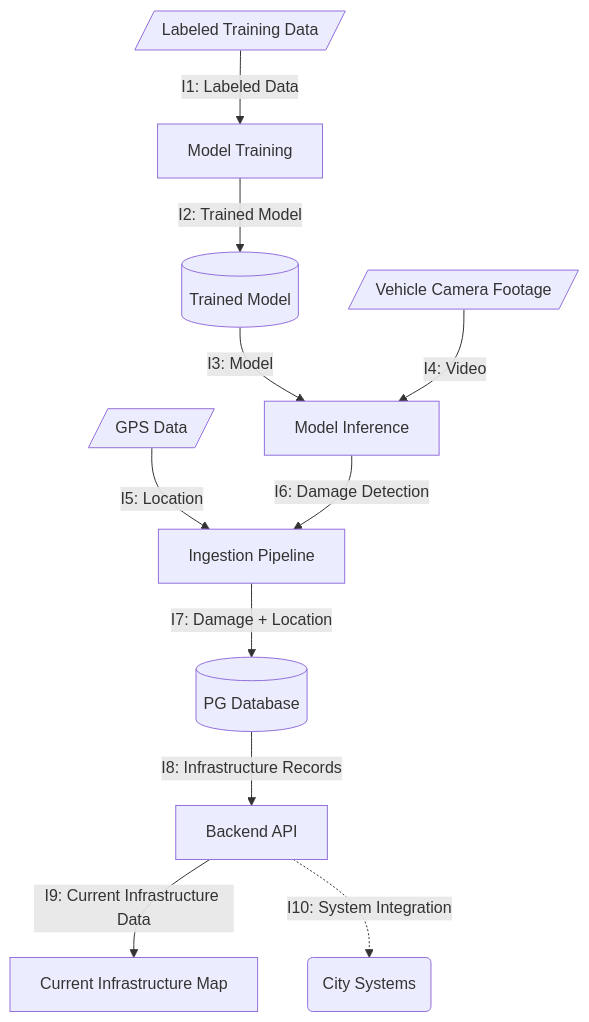
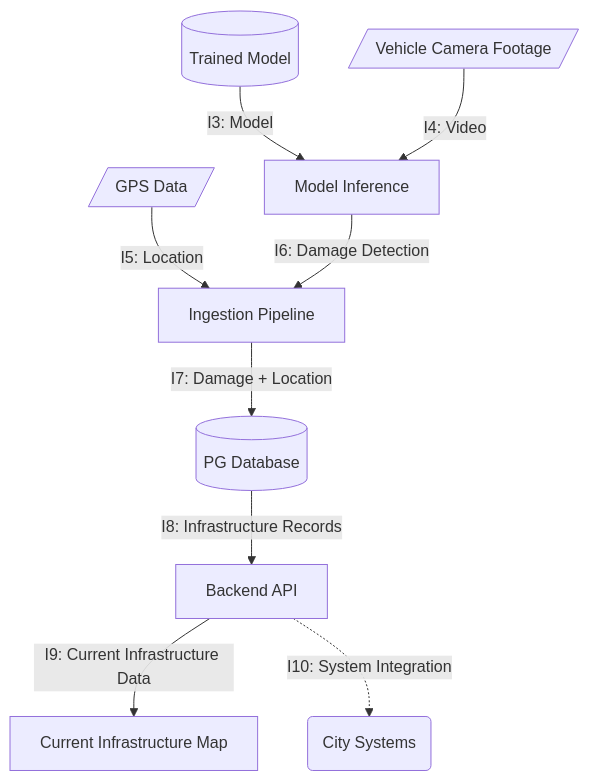
The second of 4 diagrams in SeniorDesign/D0_High_Level_Design.md (Advaitvag/StreetSmart-models), drawn with Mermaid before and after one commit. The commit also changed other lines of this file, not shown here.

````diff
--- a/SeniorDesign/D0_High_Level_Design.md
+++ b/SeniorDesign/D0_High_Level_Design.md
@@ -45,64 +53,60 @@
 ```mermaid
 flowchart TD
 
     %% =========================
     %% TRAINING INPUTS
     %% =========================
 
-    TRAINING_DATA[/Labeled Training Data/]
 
     %% =========================
     %% RUNTIME INPUTS
     %% =========================
 
     VIDEO[/Vehicle Camera Footage/]
     GPS[/GPS Data/]
 
     %% =========================
     %% STREETSMART COMPONENTS
     %% =========================
 
-    TRAINING["Model Training"]
 
     MODEL[("Trained Model")]
 
     INFERENCE["Model Inference"]
 
     INGESTION["Ingestion Pipeline"]
 
     DATABASE[("PG Database")]
 
     API["Backend API"]
 
     MAP["Current Infrastructure Map"]
 
     %% =========================
     %% EXTERNAL SYSTEM
     %% =========================
 
     CITY("City Systems")
 
     %% =========================
     %% TRAINING FLOW
     %% =========================
 
-    TRAINING_DATA -->|I1: Labeled Data| TRAINING
-    TRAINING -->|I2: Trained Model| MODEL
     MODEL -->|I3: Model| INFERENCE
 
     %% =========================
     %% RUNTIME FLOW
     %% =========================
 
     VIDEO -->|I4: Video| INFERENCE
     GPS -->|I5: Location| INGESTION
 
     INFERENCE -->|I6: Damage Detection| INGESTION
     INGESTION -->|I7: Damage + Location| DATABASE
 
     DATABASE -->|I8: Infrastructure Records| API
 
     API -->|I9: Current Infrastructure Data| MAP
 
     API -.->|I10: System Integration| CITY
 ```
````
